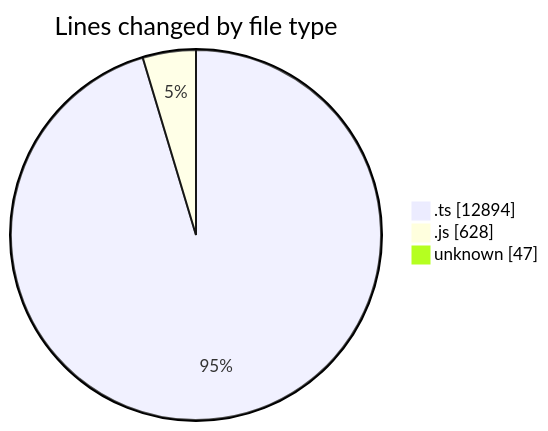
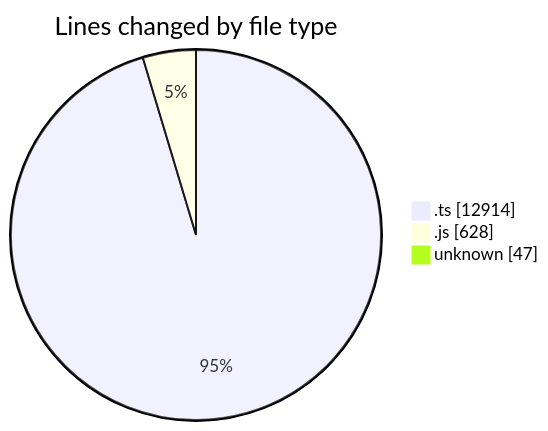
Before and after one commit to momahboobian/code-tracking: the first of 2 diagrams in 2025-09-05/cda/README.md, drawn with Mermaid. The commit also changed other lines of this file and 1 other file, not shown here.

````diff
--- a/2025-09-05/cda/README.md
+++ b/2025-09-05/cda/README.md
@@ -27,7 +27,7 @@
 ```mermaid
 pie showData
 title Lines changed by file type
-".ts" : 12894
+".ts" : 12914
 ".js" : 628
 "unknown" : 47
 ```
````
